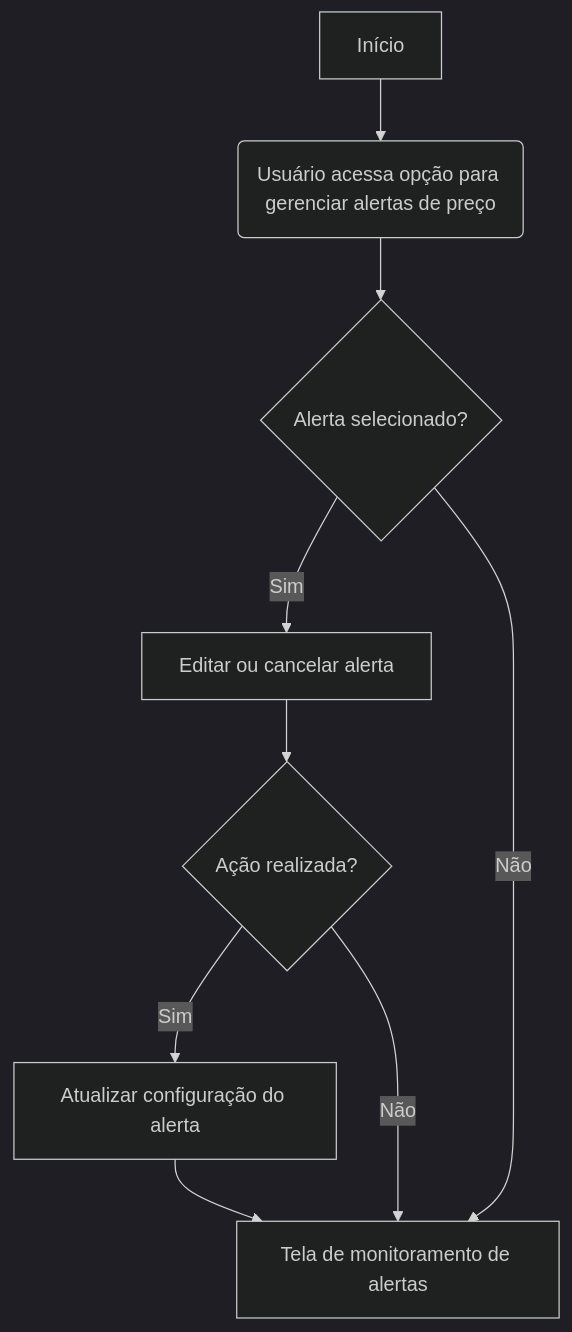
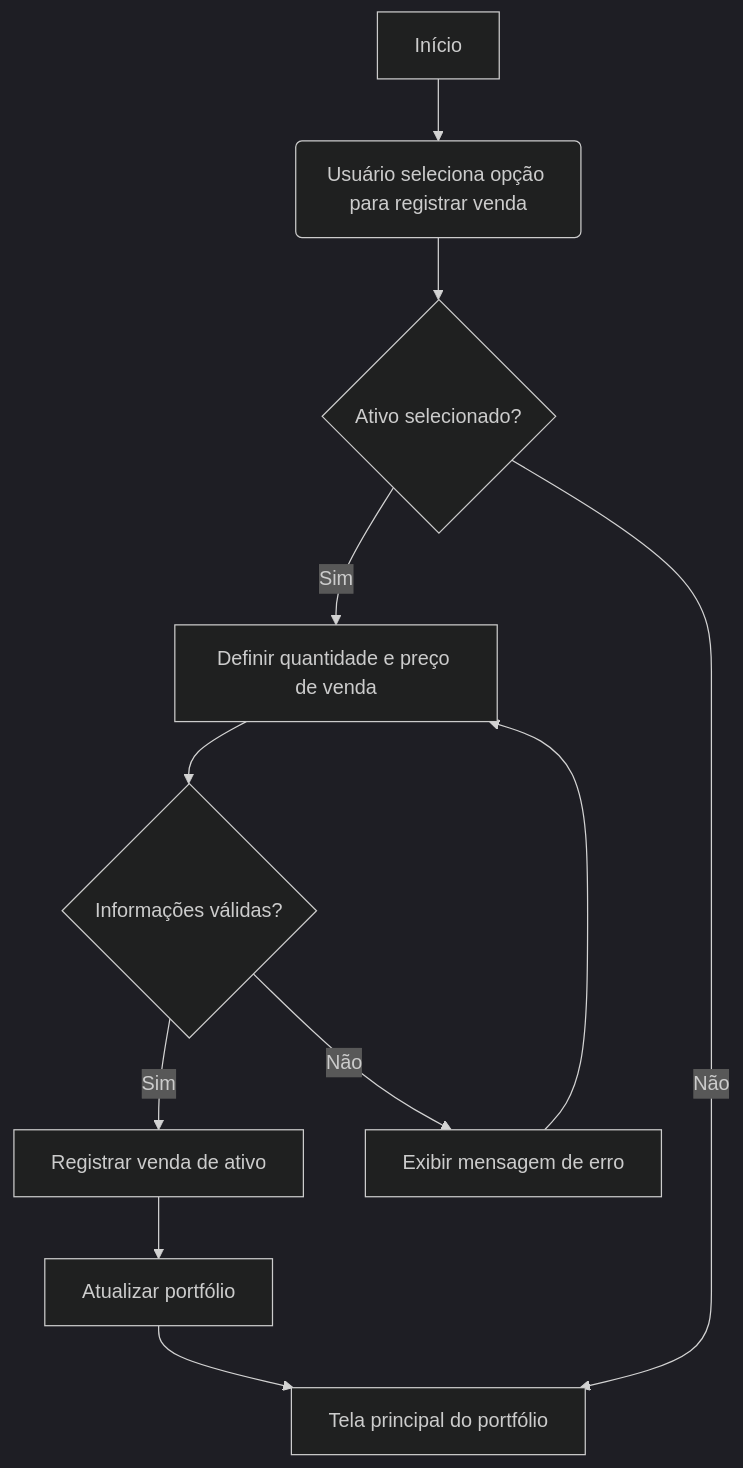
The diagram in docs/diagrams/4_realizar_transacoes/usecase_002.md (angelovicentefilho/finance), drawn with Mermaid (dark theme) before and after one commit. The commit also changed 7 other files, not shown here.

Commit message:
atualizando os diagramas

````diff
--- a/docs/diagrams/4_realizar_transacoes/usecase_002.md
+++ b/docs/diagrams/4_realizar_transacoes/usecase_002.md
@@ -1,12 +1,14 @@
 ```mermaid
 flowchart TD
-    A[Início] --> B(Usuário acessa opção para gerenciar alertas de preço)
-    B --> C{Alerta selecionado?}
-    C -->|Sim| D[Editar ou cancelar alerta]
-    D --> E{Ação realizada?}
-    E -->|Sim| F[Atualizar configuração do alerta]
-    F --> G[Tela de monitoramento de alertas]
-    E -->|Não| G[Tela de monitoramento de alertas]
-    C -->|Não| G[Tela de monitoramento de alertas]
+    A[Início] --> B(Usuário seleciona opção para registrar venda)
+    B --> C{Ativo selecionado?}
+    C -->|Sim| D[Definir quantidade e preço de venda]
+    D --> E{Informações válidas?}
+    E -->|Sim| F[Registrar venda de ativo]
+    F --> G[Atualizar portfólio]
+    G --> H[Tela principal do portfólio]
+    E -->|Não| I[Exibir mensagem de erro]
+    I --> D
+    C -->|Não| H[Tela principal do portfólio]
 
 ```
````
